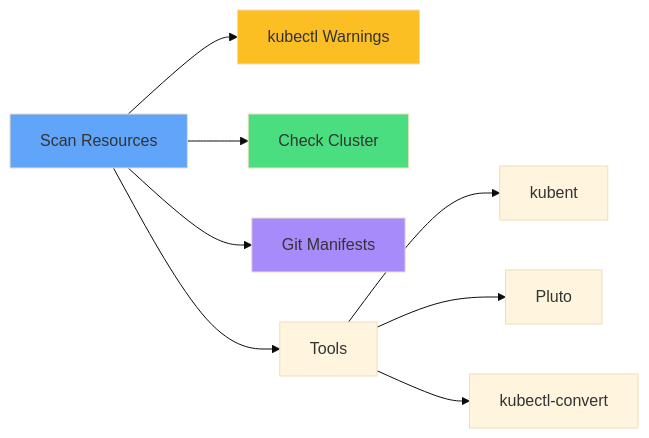
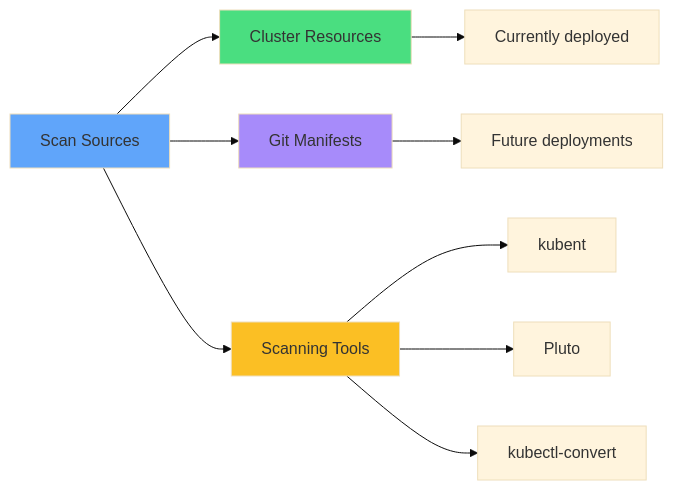
Before and after one commit to courselabs/kubernetes: the seventh of 9 diagrams in slides/api-versions/slides.md, drawn with Mermaid (base theme). The commit also changed other lines of this file and 7 other files, not shown here.

````diff
--- a/slides/api-versions/slides.md
+++ b/slides/api-versions/slides.md
@@ -260,14 +399,15 @@
 ```mermaid
 graph LR
-    S[Scan Resources] --> W[kubectl Warnings]
-    S --> C[Check Cluster]
+    S[Scan Sources] --> C[Cluster Resources]
     S --> G[Git Manifests]
-    S --> T[Tools]
+    S --> T[Scanning Tools]
+    C --> C1[Currently deployed]
+    G --> G1[Future deployments]
     T --> T1[kubent]
     T --> T2[Pluto]
     T --> T3[kubectl-convert]
     style S fill:#60a5fa
-    style W fill:#fbbf24
     style C fill:#4ade80
     style G fill:#a78bfa
+    style T fill:#fbbf24
 ```
````
